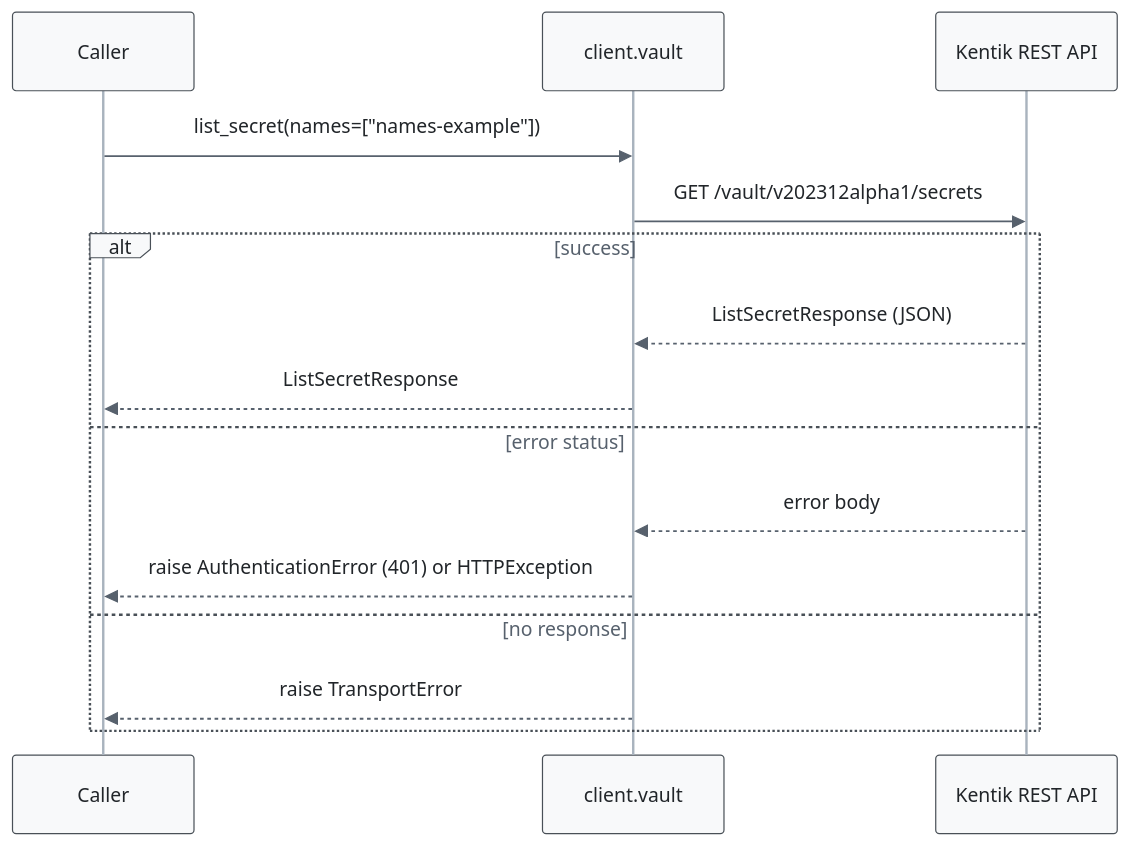
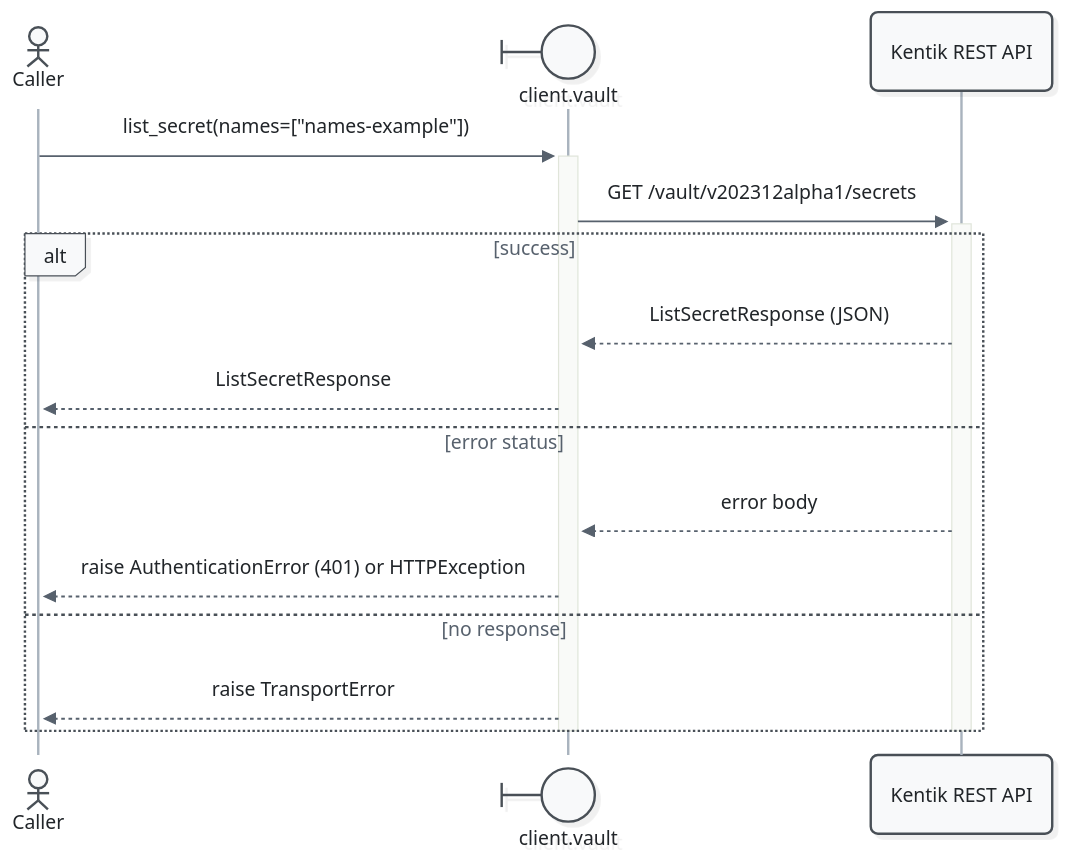
The first of 5 diagrams in docs/sphinx/services/vault.md (alexdearaujo/community_sdk_python), drawn with Mermaid before and after one commit. The commit also changed other lines of this file and 52 other files, not shown here.

First line of the commit message:
docs: Mermaid 12 sequence diagrams with participant types and path colors

````diff
--- a/docs/sphinx/services/vault.md
+++ b/docs/sphinx/services/vault.md
@@ -33,19 +33,21 @@
 ```mermaid
-%%{init: {"theme": "base", "fontFamily": "ui-monospace, SFMono-Regular, Menlo, monospace", "themeVariables": {"fontFamily": "ui-monospace, SFMono-Regular, Menlo, monospace", "primaryColor": "#f8f9fa", "primaryBorderColor": "#495057", "primaryTextColor": "#212529", "textColor": "#212529", "lineColor": "#77818c", "edgeLabelBackground": "#ffffff", "actorBkg": "#f8f9fa", "actorBorder": "#495057", "actorTextColor": "#212529", "actorLineColor": "#a9b3be", "signalColor": "#57616d", "signalTextColor": "#212529", "labelBoxBkgColor": "#f8f9fa", "labelBoxBorderColor": "#495057", "labelTextColor": "#212529", "loopTextColor": "#57616d", "noteBkgColor": "#fff9db", "noteBorderColor": "#f08c00", "noteTextColor": "#a35a00"}, "flowchart": {"curve": "step", "nodeSpacing": 30, "rankSpacing": 70, "wrappingWidth": 400}}}%%
+%%{init: {"theme": "redux", "look": "neo", "layout": "dagre", "fontFamily": "ui-monospace, SFMono-Regular, Menlo, monospace", "themeVariables": {"fontFamily": "ui-monospace, SFMono-Regular, Menlo, monospace", "primaryColor": "#f8f9fa", "primaryBorderColor": "#495057", "primaryTextColor": "#212529", "textColor": "#212529", "lineColor": "#77818c", "edgeLabelBackground": "#ffffff", "actorBkg": "#f8f9fa", "actorBorder": "#495057", "actorTextColor": "#212529", "actorLineColor": "#a9b3be", "signalColor": "#57616d", "signalTextColor": "#212529", "labelBoxBkgColor": "#f8f9fa", "labelBoxBorderColor": "#495057", "labelTextColor": "#212529", "loopTextColor": "#57616d", "noteBkgColor": "#fff9db", "noteBorderColor": "#f08c00", "noteTextColor": "#a35a00"}, "sequence": {"activationWidth": 16}, "flowchart": {"curve": "step", "nodeSpacing": 30, "rankSpacing": 70, "wrappingWidth": 400}}}%%
 sequenceDiagram
-    participant C as Caller
-    participant W as client.vault
+    actor C as Caller
+    participant W@{ "type": "boundary" } as client.vault
     participant API as Kentik REST API
 
-    C->>W: list_secret(names=["names-example"])
-    W->>API: GET /vault/v202312alpha1/secrets
+    C->>+W: list_secret(names=["names-example"])
+    W->>+API: GET /vault/v202312alpha1/secrets
     alt success
         API-->>W: ListSecretResponse (JSON)
         W-->>C: ListSecretResponse
     else error status
         API-->>W: error body
         W-->>C: raise AuthenticationError (401) or HTTPException
     else no response
         W-->>C: raise TransportError
     end
+    deactivate API
+    deactivate W
 ```
````
